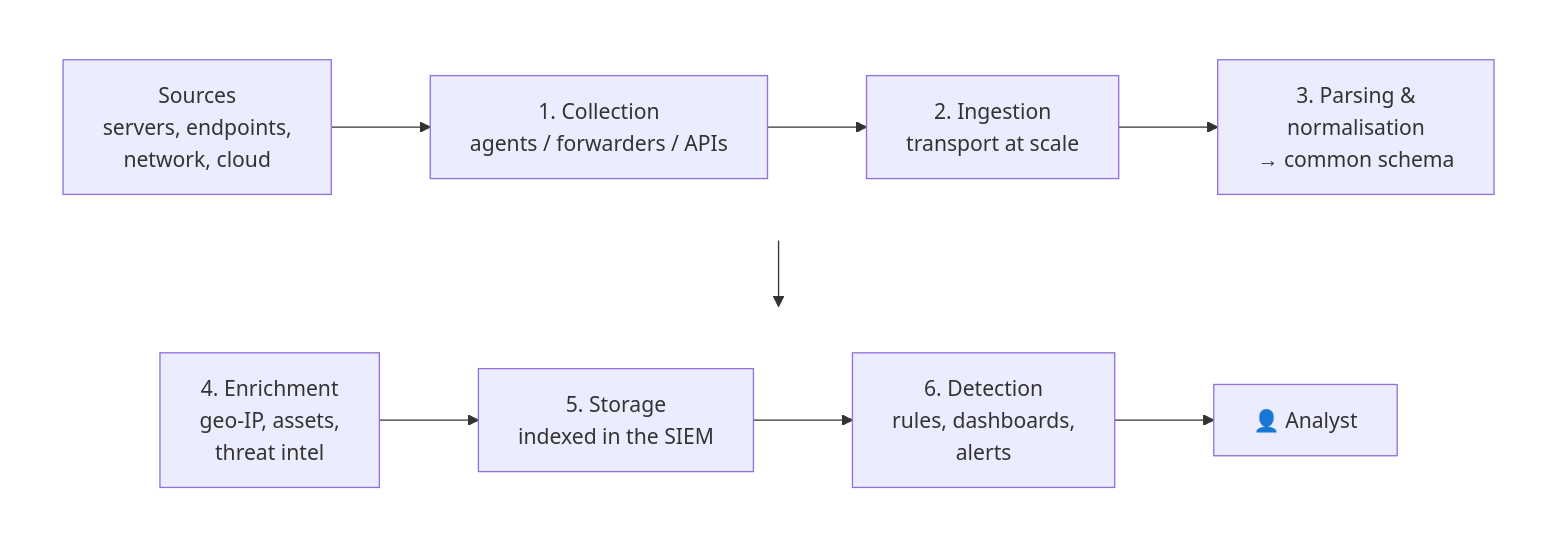
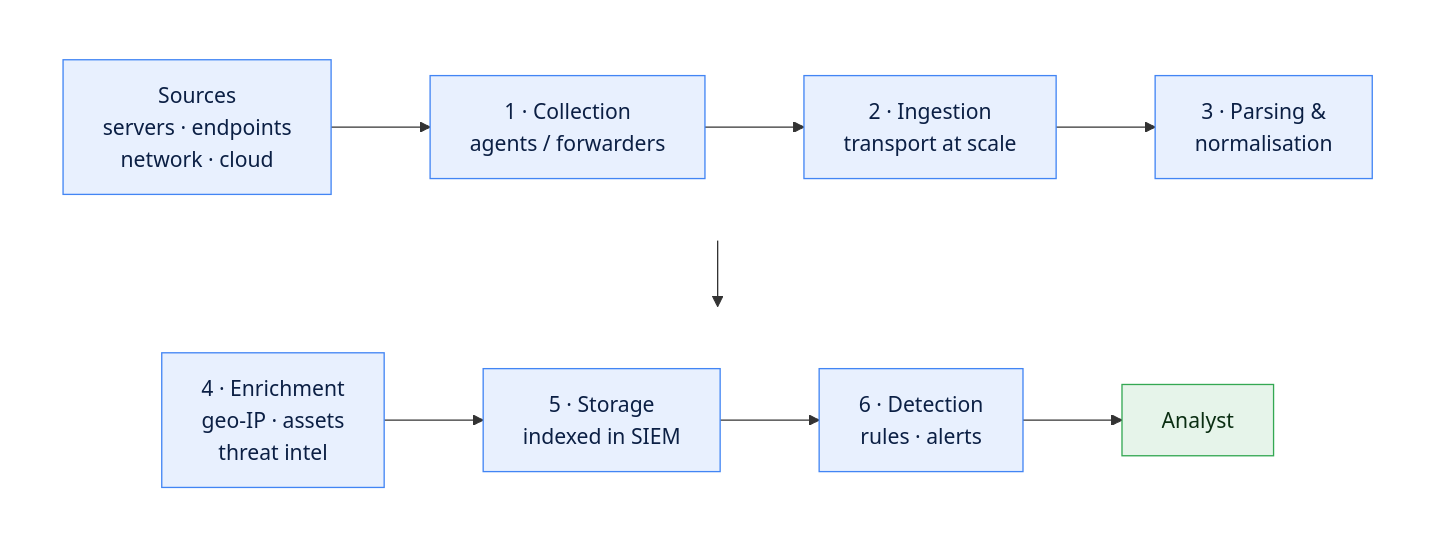
The first of 3 diagrams in README.md (SasanTazayoni/splunk-soc), drawn with Mermaid before and after one commit. The commit also changed other lines of this file, not shown here.

Commit message:
Redesign diagrams for clarity

````diff
--- a/README.md
+++ b/README.md
@@ -342,14 +336,20 @@
 ```mermaid
 flowchart TB
+    classDef stage fill:#e8f0fe,stroke:#4285f4,color:#0b1f44;
+    classDef endp fill:#e6f4ea,stroke:#34a853,color:#0b2e13;
+
     subgraph row1[" "]
         direction LR
-        SRC["Sources<br/>servers, endpoints,<br/>network, cloud"] --> COL["1. Collection<br/>agents / forwarders / APIs"] --> ING["2. Ingestion<br/>transport at scale"] --> PAR["3. Parsing &<br/>normalisation<br/>→ common schema"]
+        SRC["Sources<br/>servers · endpoints<br/>network · cloud"] --> COL["1 · Collection<br/>agents / forwarders"] --> ING["2 · Ingestion<br/>transport at scale"] --> PAR["3 · Parsing &<br/>normalisation"]
     end
     subgraph row2[" "]
         direction LR
-        ENR["4. Enrichment<br/>geo-IP, assets,<br/>threat intel"] --> STO["5. Storage<br/>indexed in the SIEM"] --> DET["6. Detection<br/>rules, dashboards,<br/>alerts"] --> AN["👤 Analyst"]
+        ENR["4 · Enrichment<br/>geo-IP · assets<br/>threat intel"] --> STO["5 · Storage<br/>indexed in SIEM"] --> DET["6 · Detection<br/>rules · alerts"] --> AN["Analyst"]
     end
     PAR --> ENR
+
+    class SRC,COL,ING,PAR,ENR,STO,DET stage
+    class AN endp
     style row1 fill:none,stroke:none
     style row2 fill:none,stroke:none
 ```
````
